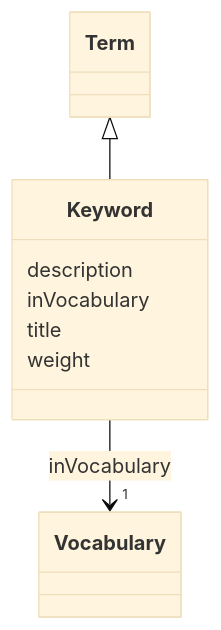
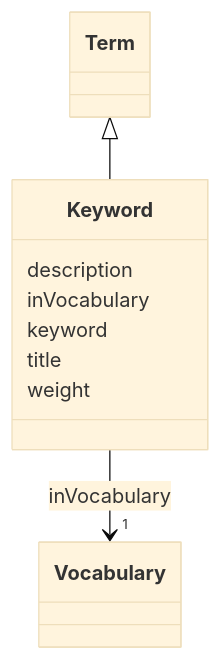
One commit to EVORA-project/evora-ontology changed the diagram in models/docs/Keyword.md. Above: the diagram before and after it, drawn with Mermaid (base theme). The commit also changed other lines of this file and 402 other files, not shown here.

````diff
--- a/models/docs/Keyword.md
+++ b/models/docs/Keyword.md
@@ -19,24 +19,26 @@
 ```mermaid
  classDiagram
     class Keyword
     click Keyword href "../Keyword"
       Term <|-- Keyword
         click Term href "../Term"
       
       Keyword : description
         
       Keyword : inVocabulary
         
           
     
     
     Keyword --> "1" Vocabulary : inVocabulary
     click Vocabulary href "../Vocabulary"
 
         
+      Keyword : keyword
+        
       Keyword : title
         
       Keyword : weight
         
       
 ```
````
